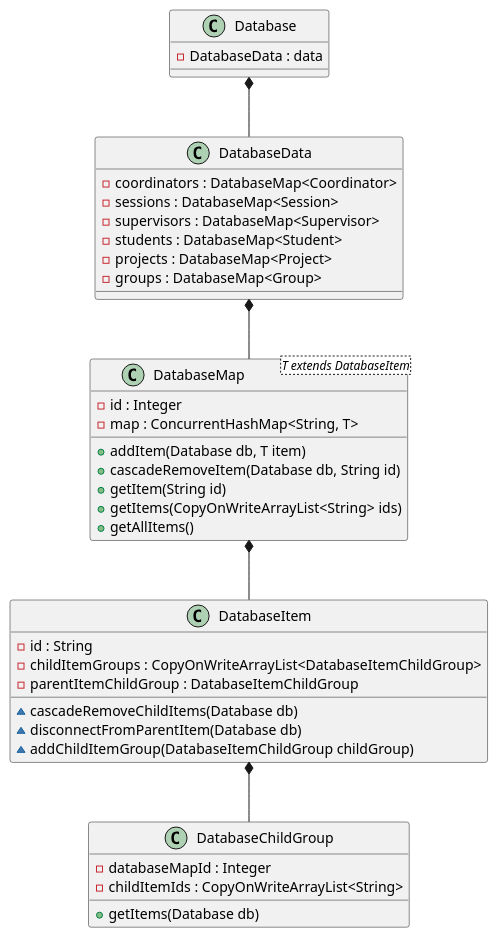
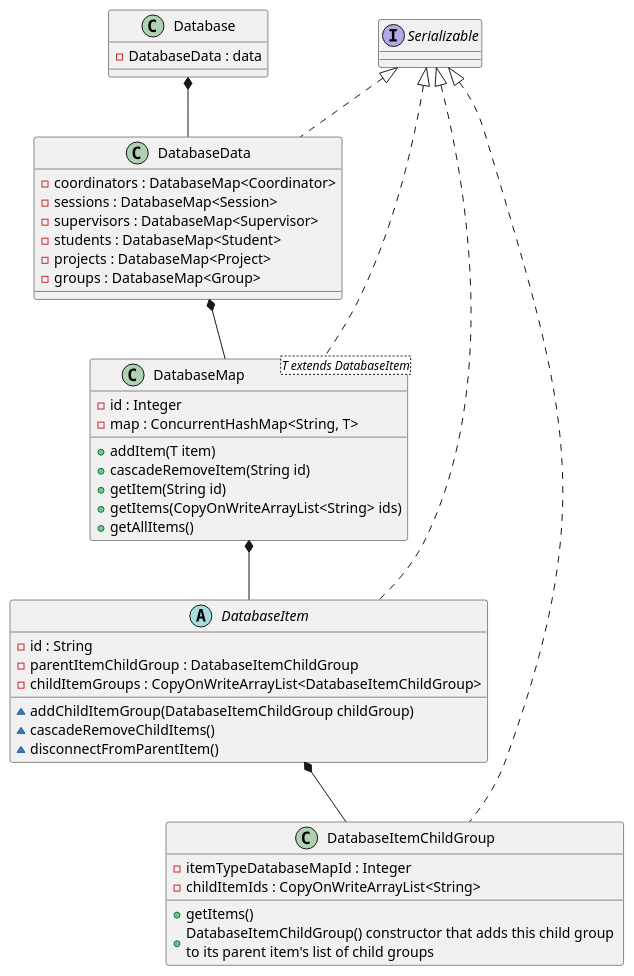
One commit to Williamjacobsen/AAU-Grouping-System changed the diagram in uml/database/database.puml. Above: the diagram before and after it, drawn with PlantUML.

```diff
--- a/uml/database/database.puml
+++ b/uml/database/database.puml
@@ -1,54 +1,55 @@
 @startuml example
 
 ' Requirements: 
 ' - The "PlantUML" VS Code extension.
 ' - Download the latest version of Graphviz (https://graphviz.org/download/)
 
 ' Tutorial: https://www.youtube.com/watch?v=EM-cvRubP4g&t=654s
 ' To render the UML, right click inside this document and press "Preview Current Diagram (ALT+D)"
 
 class Database {
 	- DatabaseData : data
 }
 
-class DatabaseData {
+class DatabaseData implements Serializable {
 	- coordinators : DatabaseMap<Coordinator>
 	- sessions : DatabaseMap<Session>
 	- supervisors : DatabaseMap<Supervisor>
 	- students : DatabaseMap<Student>
 	- projects : DatabaseMap<Project>
 	- groups : DatabaseMap<Group>
 }
 
-class DatabaseMap<T extends DatabaseItem> {
+class DatabaseMap<T extends DatabaseItem> implements Serializable {
 	- id : Integer
 	- map : ConcurrentHashMap<String, T>
-	+ addItem(Database db, T item)
-	+ cascadeRemoveItem(Database db, String id)
+	+ addItem(T item)
+	+ cascadeRemoveItem(String id)
 	+ getItem(String id)
 	+ getItems(CopyOnWriteArrayList<String> ids)
 	+ getAllItems()
 }
 
-class DatabaseItem {
+abstract class DatabaseItem implements Serializable {
 	- id : String
+	- parentItemChildGroup : DatabaseItemChildGroup
 	- childItemGroups : CopyOnWriteArrayList<DatabaseItemChildGroup>
-	- parentItemChildGroup : DatabaseItemChildGroup
-	~ cascadeRemoveChildItems(Database db)
-	~ disconnectFromParentItem(Database db)
 	~ addChildItemGroup(DatabaseItemChildGroup childGroup)
+	~ cascadeRemoveChildItems()
+	~ disconnectFromParentItem()
 }
 
-class DatabaseChildGroup {
-	- databaseMapId : Integer
+class DatabaseItemChildGroup implements Serializable {
+	- itemTypeDatabaseMapId : Integer
 	- childItemIds : CopyOnWriteArrayList<String>
-	+ getItems(Database db)
+	+ getItems()
+	+ DatabaseItemChildGroup() constructor that adds this child group \nto its parent item's list of child groups
 }
 
 Database *-- DatabaseData
 DatabaseData *-- DatabaseMap
 DatabaseMap *-- DatabaseItem
-DatabaseItem *-- DatabaseChildGroup
+DatabaseItem *-- DatabaseItemChildGroup
 
 
 @enduml
```
